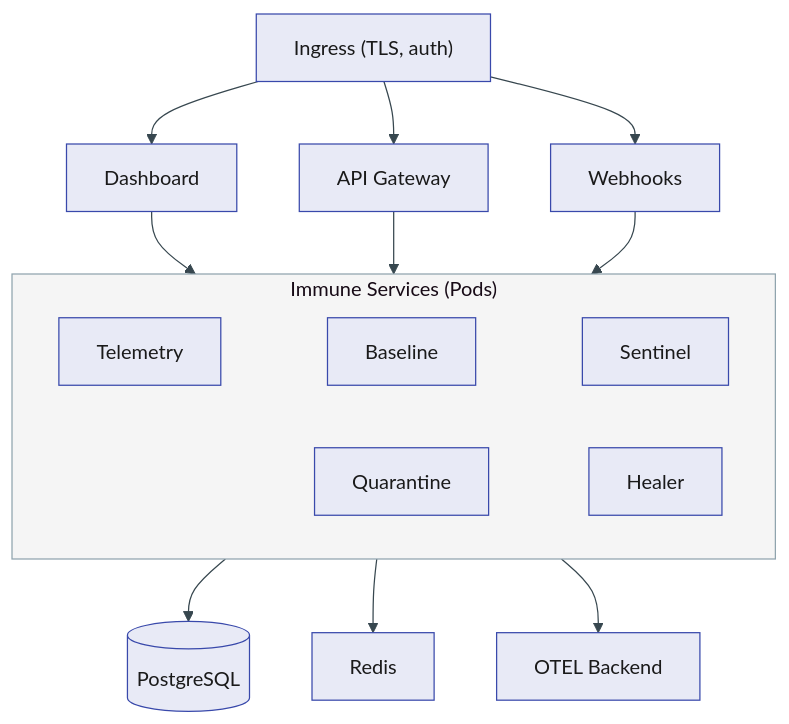
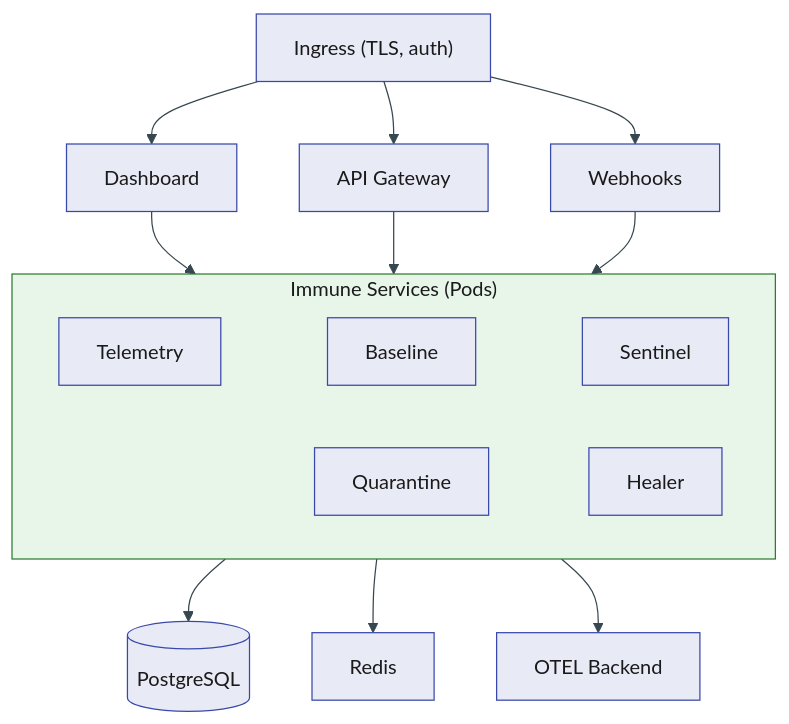
The seventh of 7 diagrams in docs/DOCS.md (sanjaybommalene/ai-agent-immune-system), drawn with Mermaid before and after one commit. The commit also changed other lines of this file and 37 other files, not shown here.

First line of the commit message:
LLM Gateway: passive agent observation, architecture decision doc, full test coverage

````diff
--- a/docs/DOCS.md
+++ b/docs/DOCS.md
@@ -516,15 +720,17 @@
 ```mermaid
 %%{init: {'theme': 'base', 'themeVariables': {'primaryColor': '#e8eaf6', 'primaryTextColor': '#1a1a1a', 'primaryBorderColor': '#3949ab', 'lineColor': '#37474f', 'secondaryColor': '#f3e5f5', 'tertiaryColor': '#e8f5e9', 'edgeLabelBackground': '#ffffff', 'clusterBkg': '#f5f5f5', 'clusterBorder': '#90a4ae'}}}%%
 flowchart TB
     Ingress["Ingress (TLS, auth)"]
     Ingress --> Dashboard & Gateway[API Gateway] & Webhooks
 
     subgraph services ["Immune Services (Pods)"]
         direction LR
         TI[Telemetry] ~~~ BL[Baseline] ~~~ Sen[Sentinel]
         QA[Quarantine] ~~~ Heal[Healer]
     end
 
     Dashboard & Gateway & Webhooks --> services
     services --> PG[(PostgreSQL)] & Redis["Redis"] & OTEL[OTEL Backend]
+
+    style services fill:#e8f5e9,stroke:#2e7d32,color:#1a1a1a
 ```
````
